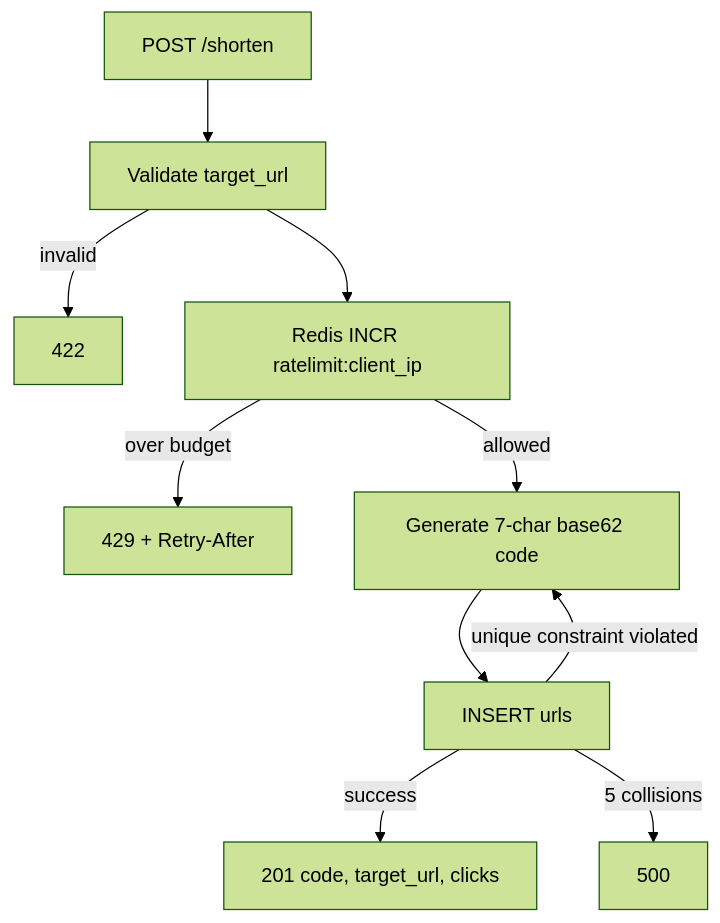
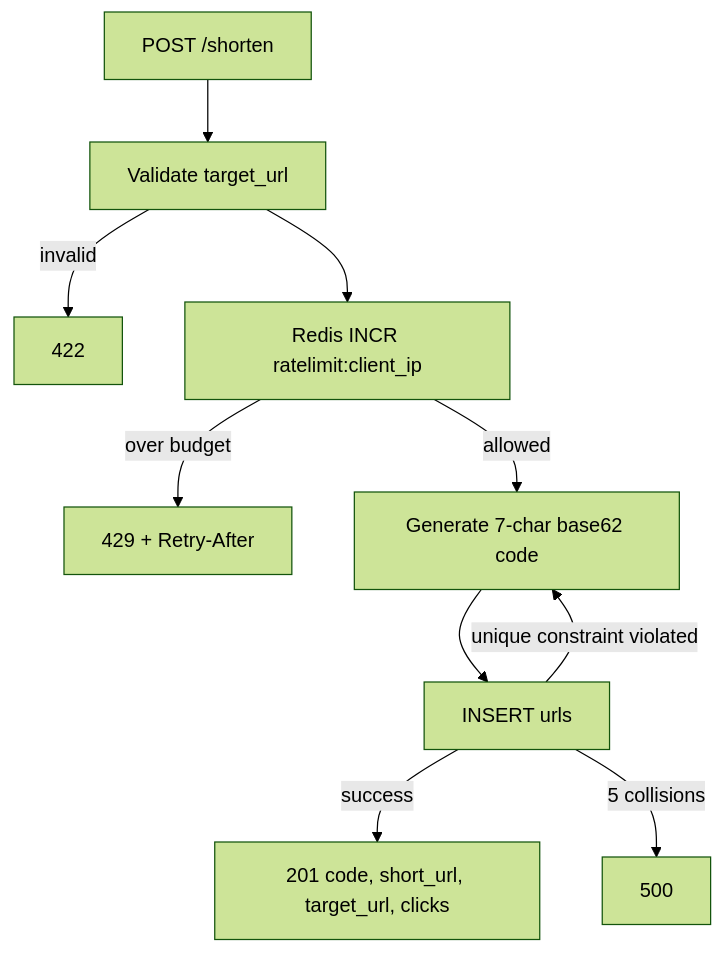
Before and after one commit to mohammadyakub-ai/url-shortener: the fourth of 4 diagrams in docs/architecture.md, drawn with Mermaid (forest theme). The commit also changed 9 other files, not shown here.

First line of the commit message:
feat: add short_url to link responses

````diff
--- a/docs/architecture.md
+++ b/docs/architecture.md
@@ -66,12 +66,12 @@
 ```mermaid
 flowchart TD
     A[POST /shorten] --> B[Validate target_url]
     B -->|invalid| V[422]
     B --> C[Redis INCR ratelimit:client_ip]
     C -->|over budget| L[429 + Retry-After]
     C -->|allowed| D[Generate 7-char base62 code]
     D --> E[INSERT urls]
     E -->|unique constraint violated| D
-    E -->|success| F[201 code, target_url, clicks]
+    E -->|success| F[201 code, short_url, target_url, clicks]
     E -->|5 collisions| G[500]
 ```
````
